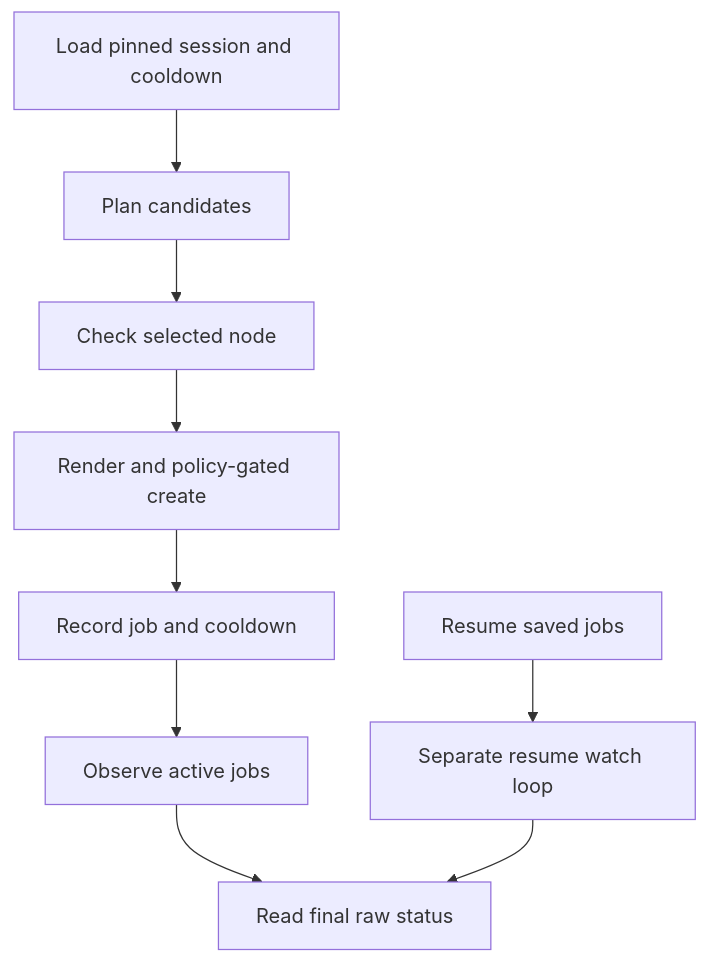
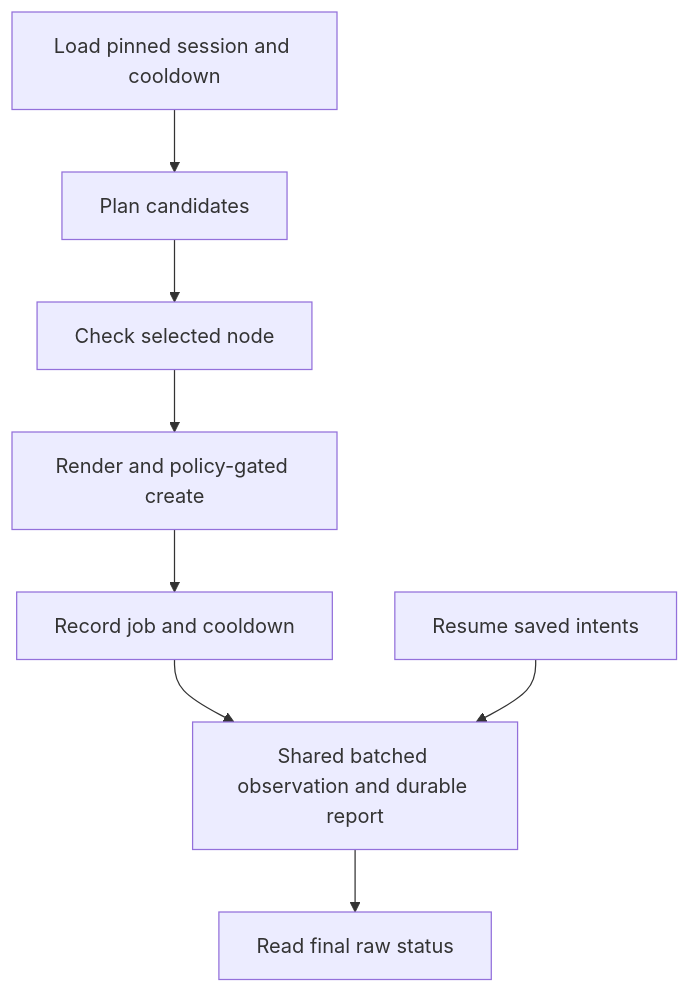
Before and after one commit to IamNirmata/c-val: the diagram in docs/components_design/job-control-major-component.md, drawn with Mermaid. The commit also changed other lines of this file and 7 other files, not shown here.

````diff
--- a/docs/components_design/job-control-major-component.md
+++ b/docs/components_design/job-control-major-component.md
@@ -70,11 +69,10 @@
 ```mermaid
 flowchart TD
     Session[Load pinned session and cooldown] --> Queue[Plan candidates]
     Queue --> Check[Check selected node]
     Check --> Create[Render and policy-gated create]
     Create --> Receipt[Record job and cooldown]
-    Receipt --> Watch[Observe active jobs]
-    Resume[Resume saved jobs] --> OtherWatch[Separate resume watch loop]
+   Receipt --> Watch[Shared batched observation and durable report]
+   Resume[Resume saved intents] --> Watch
     Watch --> Status[Read final raw status]
-    OtherWatch --> Status
 ```
````
